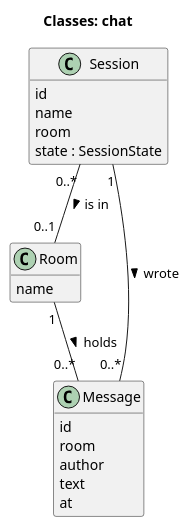
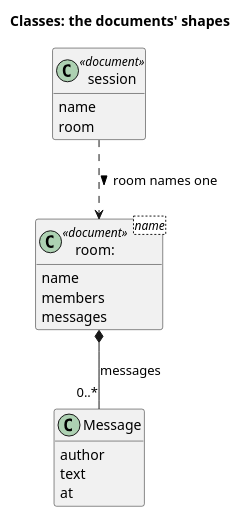
Before and after one commit to blueshed/dzql: the diagram in uml/src/classes.puml, drawn with PlantUML. The commit also changed 7 other files, not shown here.

```diff
--- a/uml/src/classes.puml
+++ b/uml/src/classes.puml
@@ -1,27 +1,24 @@
 @startuml
-title Classes: chat
+title Classes: the documents' shapes
 hide empty methods
 
-class Session {
-  id
+class "room:<name>" as RoomDoc <<document>> {
+  name
+  members
+  messages
+}
+
+class "session" as SessionDoc <<document>> {
   name
   room
-  state : SessionState
-}
-
-class Room {
-  name
 }
 
 class Message {
-  id
-  room
   author
   text
   at
 }
 
-Session "0..*" -- "0..1" Room : is in >
-Room "1" -- "0..*" Message : holds >
-Session "1" -- "0..*" Message : wrote >
+RoomDoc *-- "0..*" Message : messages
+SessionDoc ..> RoomDoc : room names one >
 @enduml
```
